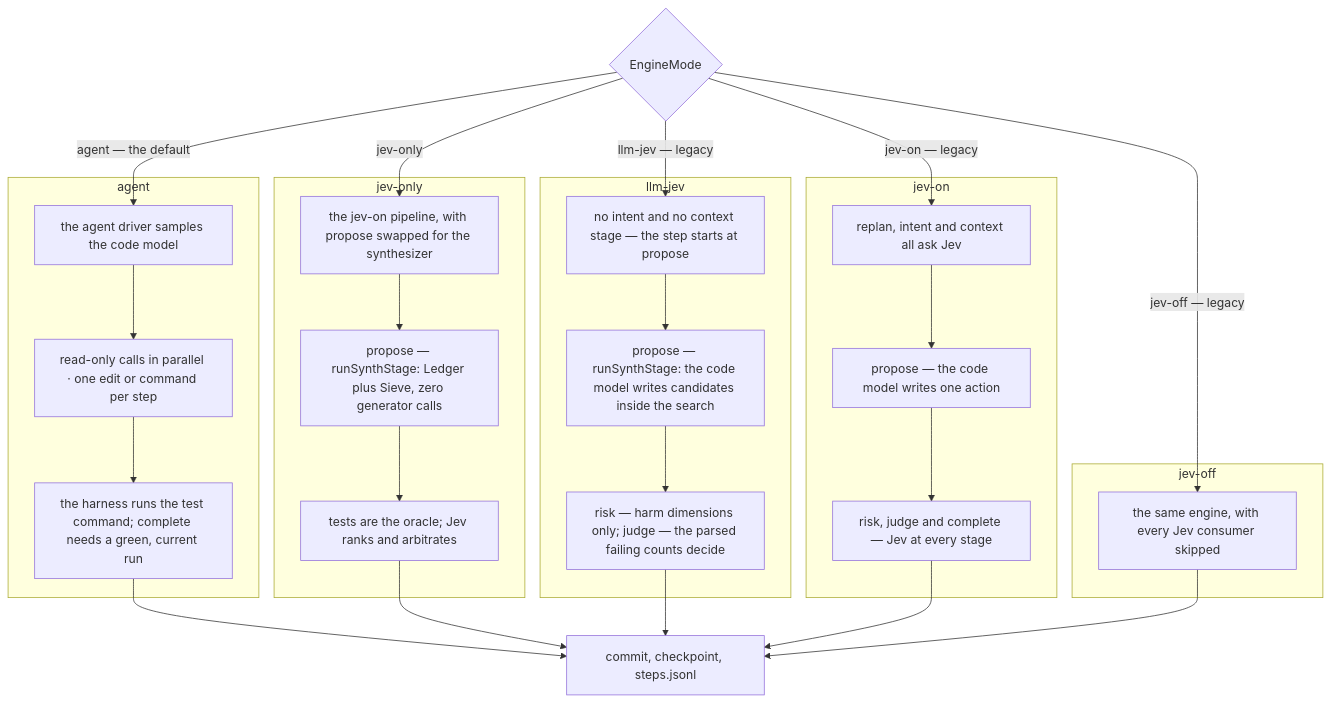
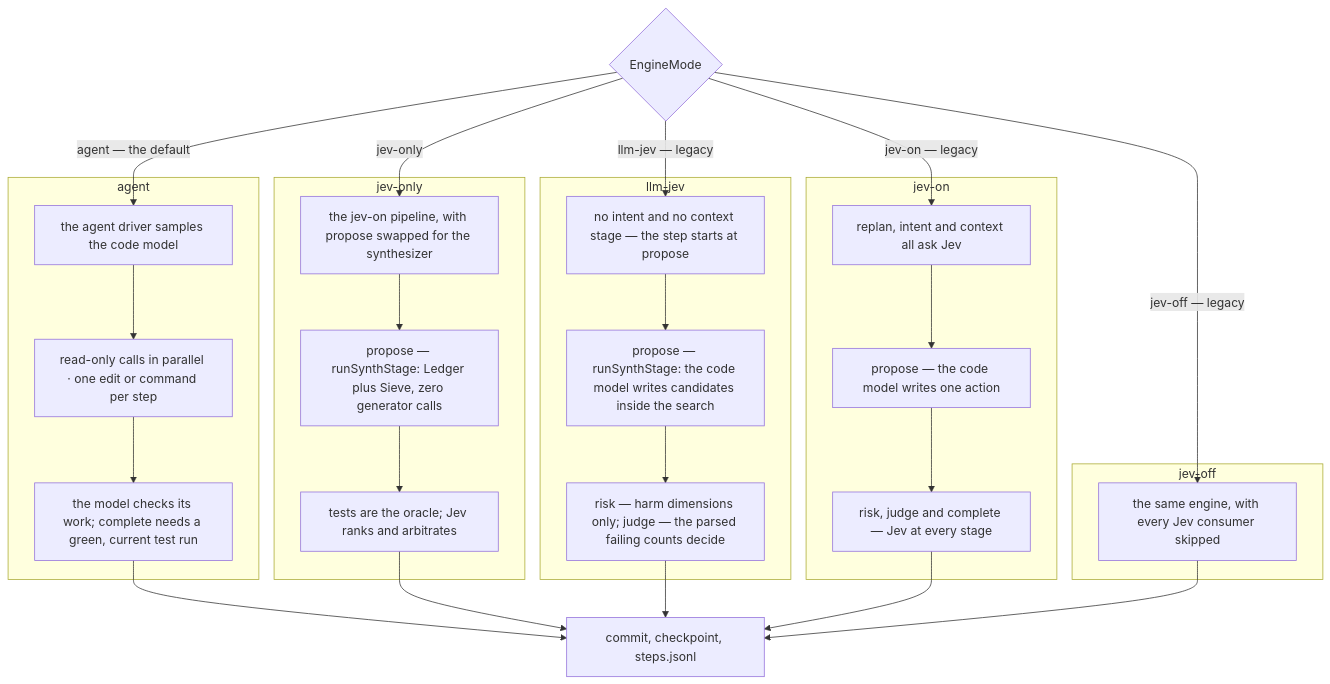
Before and after one commit to coasty-ai/JevCode: the diagram in docs/getting-started/modes.md, drawn with Mermaid. The commit also changed other lines of this file and 10 other files, not shown here.

````diff
--- a/docs/getting-started/modes.md
+++ b/docs/getting-started/modes.md
@@ -96,43 +97,43 @@
 ```mermaid
 flowchart TD
   MODE{"EngineMode"}
   MODE -->|"agent — the default"| AG1
   MODE -->|"jev-only"| JO1
   MODE -->|"llm-jev — legacy"| LJ1
   MODE -->|"jev-on — legacy"| ON1
   MODE -->|"jev-off — legacy"| OF1
 
   subgraph sg_ag["agent"]
     AG1["the agent driver samples the code model"]
     AG2["read-only calls in parallel · one edit or command per step"]
-    AG3["the harness runs the test command; complete needs a green, current run"]
+    AG3["the model checks its work; complete needs a green, current test run"]
     AG1 --> AG2 --> AG3
   end
   subgraph sg_jo["jev-only"]
     JO1["the jev-on pipeline, with propose swapped for the synthesizer"]
     JO2["propose — runSynthStage: Ledger plus Sieve, zero generator calls"]
     JO3["tests are the oracle; Jev ranks and arbitrates"]
     JO1 --> JO2 --> JO3
   end
   subgraph sg_lj["llm-jev"]
     LJ1["no intent and no context stage — the step starts at propose"]
     LJ2["propose — runSynthStage: the code model writes candidates inside the search"]
     LJ3["risk — harm dimensions only; judge — the parsed failing counts decide"]
     LJ1 --> LJ2 --> LJ3
   end
   subgraph sg_on["jev-on"]
     ON1["replan, intent and context all ask Jev"]
     ON2["propose — the code model writes one action"]
     ON3["risk, judge and complete — Jev at every stage"]
     ON1 --> ON2 --> ON3
   end
   subgraph sg_of["jev-off"]
     OF1["the same engine, with every Jev consumer skipped"]
   end
 
   AG3 --> COMMIT["commit, checkpoint, steps.jsonl"]
   JO3 --> COMMIT
   LJ3 --> COMMIT
   ON3 --> COMMIT
   OF1 --> COMMIT
 ```
````
